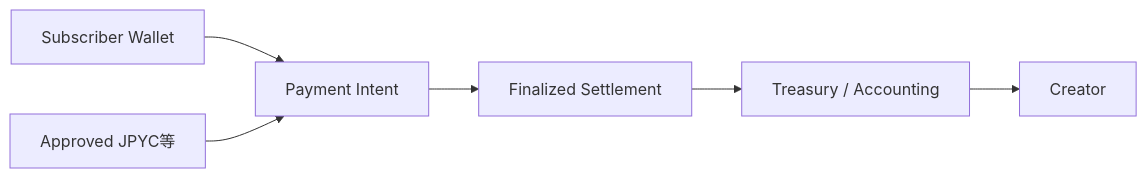
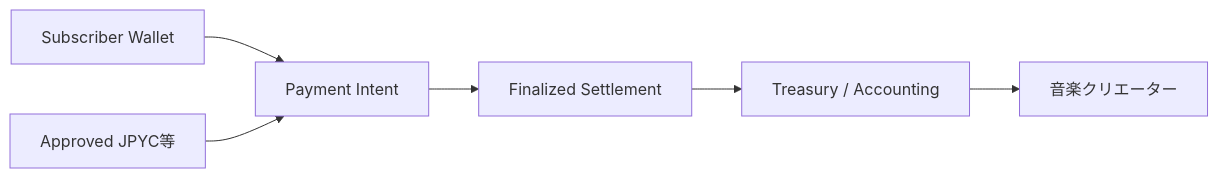
Before and after one commit to ShigeichiroYamasaki/creator-first-platform: diagram 26 of 43 in docs/whitepaper/09-technology.md, drawn with Mermaid. The commit also changed other lines of this file and 67 other files, not shown here.

````diff
--- a/docs/whitepaper/09-technology.md
+++ b/docs/whitepaper/09-technology.md
@@ -1013,12 +1013,12 @@
 ```mermaid
 flowchart LR
     USER[Subscriber Wallet]
     INTENT[Payment Intent]
     STABLE[Approved JPYC等]
     FINAL[Finalized Settlement]
     TREASURY[Treasury / Accounting]
-    CREATOR[Creator]
+    CREATOR[音楽クリエーター]
 
     USER --> INTENT
     STABLE --> INTENT --> FINAL --> TREASURY --> CREATOR
 ```
````
